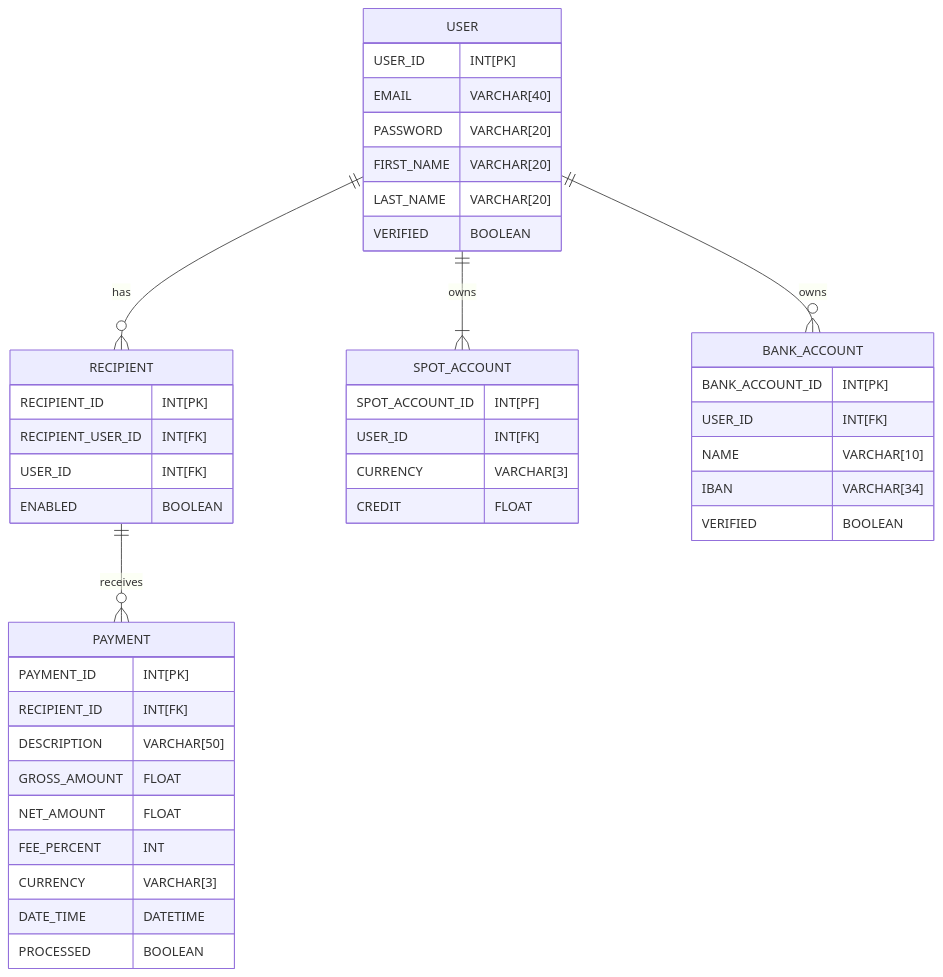
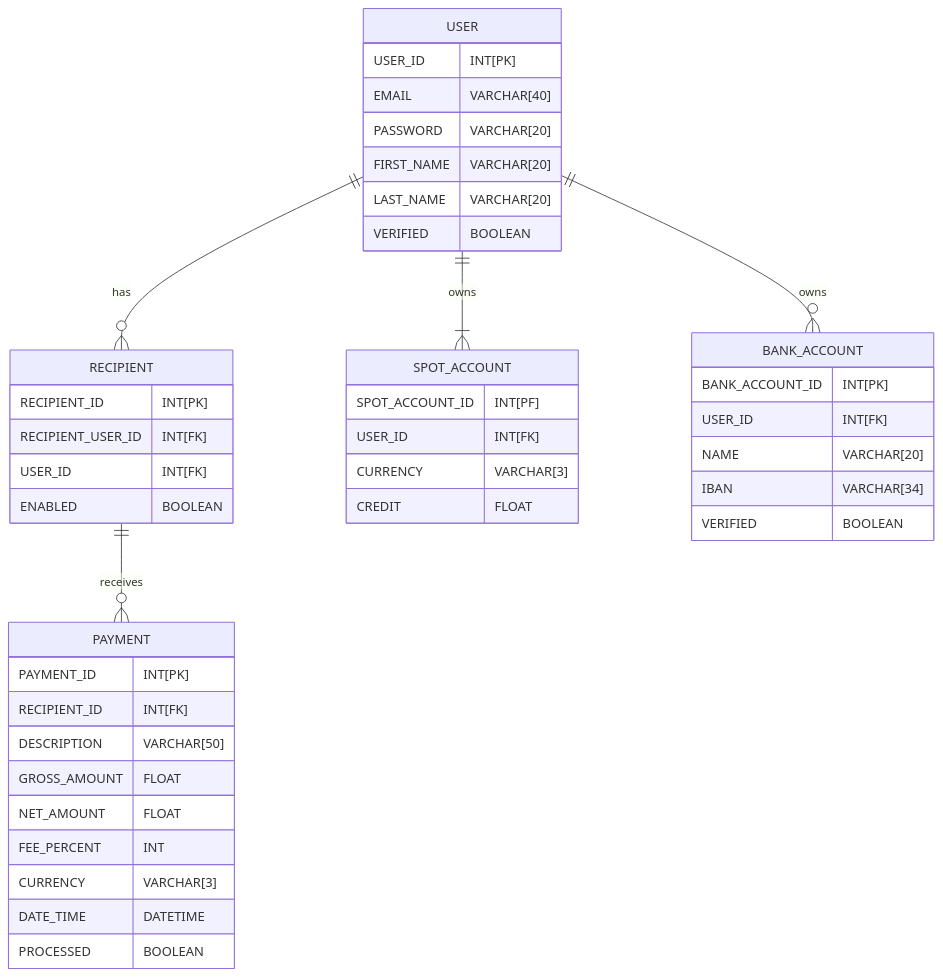
One commit to mactepluke/pmb changed the second of 2 diagrams in README.md. Above: the diagram before and after it, drawn with Mermaid. The commit also changed 7 other files, not shown here.

````diff
--- a/README.md
+++ b/README.md
@@ -51,48 +51,48 @@
 ```mermaid
 erDiagram
     USER ||--o{ RECIPIENT : "has"
     USER ||--|{ SPOT_ACCOUNT : owns
     RECIPIENT ||--o{ PAYMENT : receives
     USER ||--o{ BANK_ACCOUNT : owns
 
     USER {
         USER_ID INT[PK]
         EMAIL VARCHAR[40]
         PASSWORD VARCHAR[20]
         FIRST_NAME VARCHAR[20]
         LAST_NAME VARCHAR[20]
         VERIFIED BOOLEAN
 }
 SPOT_ACCOUNT {
     SPOT_ACCOUNT_ID INT[PF]
     USER_ID INT[FK]
     CURRENCY VARCHAR[3]
     CREDIT FLOAT
 }
 RECIPIENT  {
     RECIPIENT_ID INT[PK]
     RECIPIENT_USER_ID INT[FK]
     USER_ID INT[FK]
     ENABLED BOOLEAN
 }
 
 BANK_ACCOUNT    {
     BANK_ACCOUNT_ID INT[PK]
     USER_ID INT[FK]
-    NAME VARCHAR[10]
+    NAME VARCHAR[20]
     IBAN VARCHAR[34]
     VERIFIED BOOLEAN
 }
 
 PAYMENT {
     PAYMENT_ID INT[PK]
     RECIPIENT_ID INT[FK]
     DESCRIPTION VARCHAR[50]
     GROSS_AMOUNT FLOAT
     NET_AMOUNT FLOAT
     FEE_PERCENT INT
     CURRENCY VARCHAR[3]
     DATE_TIME DATETIME
     PROCESSED BOOLEAN
 }
 ```
````
